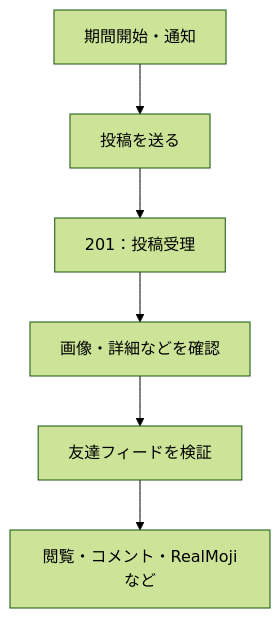
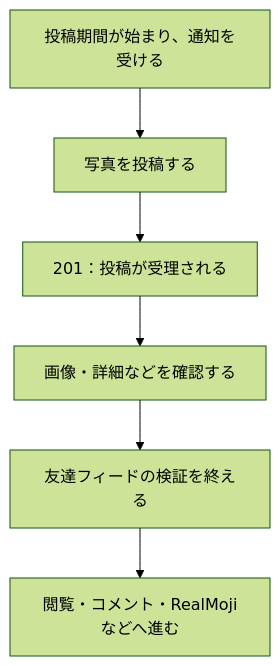
One commit to mio256/zenn changed the second of 2 diagrams in articles/isucon2026-measuring-through-the-confusion.md. Above: the diagram before and after it, drawn with Mermaid (forest theme). The commit also changed other lines of this file, not shown here.

````diff
--- a/articles/isucon2026-measuring-through-the-confusion.md
+++ b/articles/isucon2026-measuring-through-the-confusion.md
@@ -81,8 +91,8 @@
 ```mermaid
 flowchart TD
-  notify["期間開始・通知"] --> post["投稿を送る"]
-  post --> accepted["201：投稿受理"]
-  accepted --> checks["画像・詳細などを確認"]
-  checks --> feed["友達フィードを検証"]
-  feed --> activity["閲覧・コメント・RealMojiなど"]
+  notify["投稿期間が始まり、通知を受ける"] --> post["写真を投稿する"]
+  post --> accepted["201：投稿が受理される"]
+  accepted --> checks["画像・詳細などを確認する"]
+  checks --> feed["友達フィードの検証を終える"]
+  feed --> activity["閲覧・コメント・RealMojiなどへ進む"]
 ```
````
